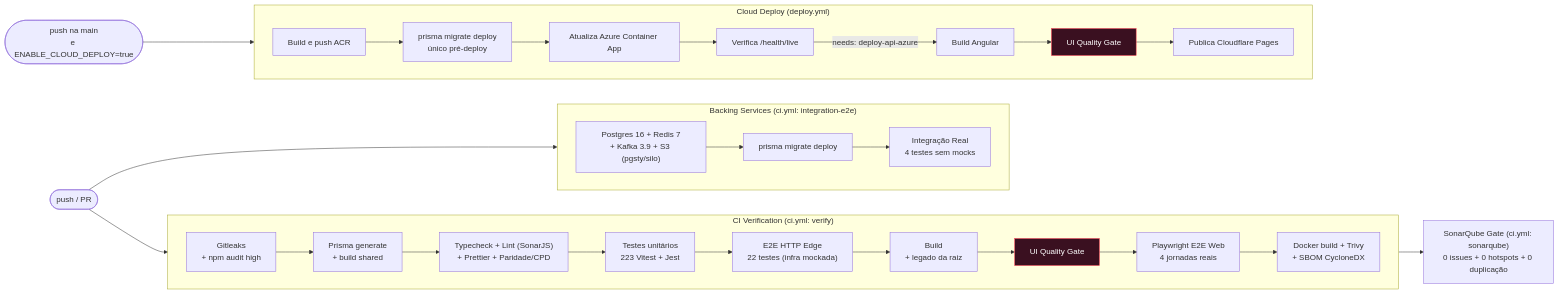
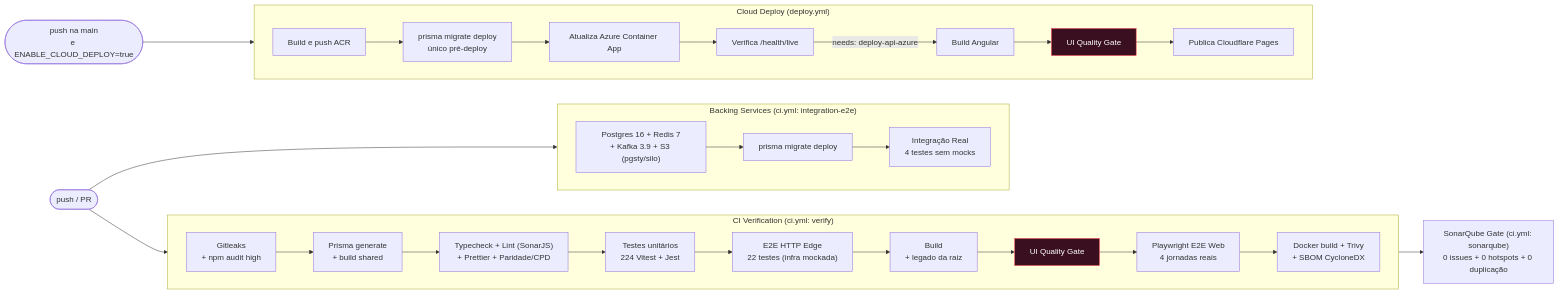
Before and after one commit to Digooow/pokedex-frontend: the eighth of 12 diagrams in README.md, drawn with Mermaid. The commit also changed other lines of this file and 12 other files, not shown here.

````diff
--- a/README.md
+++ b/README.md
@@ -493,34 +493,34 @@
 ```mermaid
 flowchart LR
   push(["push / PR"]) --> v
   push --> integ
 
   subgraph v["CI Verification (ci.yml: verify)"]
     direction LR
     s0["Gitleaks<br/>+ npm audit high"] --> s1["Prisma generate<br/>+ build shared"] --> s2["Typecheck + Lint (SonarJS)<br/>+ Prettier + Paridade/CPD"]
-    s2 --> s4["Testes unitários<br/>223 Vitest + Jest"]
+    s2 --> s4["Testes unitários<br/>224 Vitest + Jest"]
     s4 --> s5["E2E HTTP Edge<br/>22 testes (infra mockada)"]
     s5 --> s6["Build<br/>+ legado da raiz"]
     s6 --> s7["UI Quality Gate"]
     s7 --> s7b["Playwright E2E Web<br/>4 jornadas reais"]
     s7b --> s8["Docker build + Trivy<br/>+ SBOM CycloneDX"]
   end
 
   v --> sq["SonarQube Gate (ci.yml: sonarqube)<br/>0 issues + 0 hotspots + 0 duplicação"]
 
   subgraph integ["Backing Services (ci.yml: integration-e2e)"]
     direction LR
     i1["Postgres 16 + Redis 7<br/>+ Kafka 3.9 + S3 (pgsty/silo)"] --> i2["prisma migrate deploy"] --> i3["Integração Real<br/>4 testes sem mocks"]
   end
 
   push2(["push na main<br/>e ENABLE_CLOUD_DEPLOY=true"]) --> d
 
   subgraph d["Cloud Deploy (deploy.yml)"]
     direction LR
     a1["Build e push ACR"] --> a1b["prisma migrate deploy<br/>único pré-deploy"] --> a2["Atualiza Azure Container App"] --> a3["Verifica /health/live"]
     a3 -->|"needs: deploy-api-azure"| b1["Build Angular"] --> b2["UI Quality Gate"] --> b3["Publica Cloudflare Pages"]
   end
 
   classDef gate fill:#3a1020,stroke:#ff3b4e,color:#fff
   class s7,b2 gate
 ```
````
